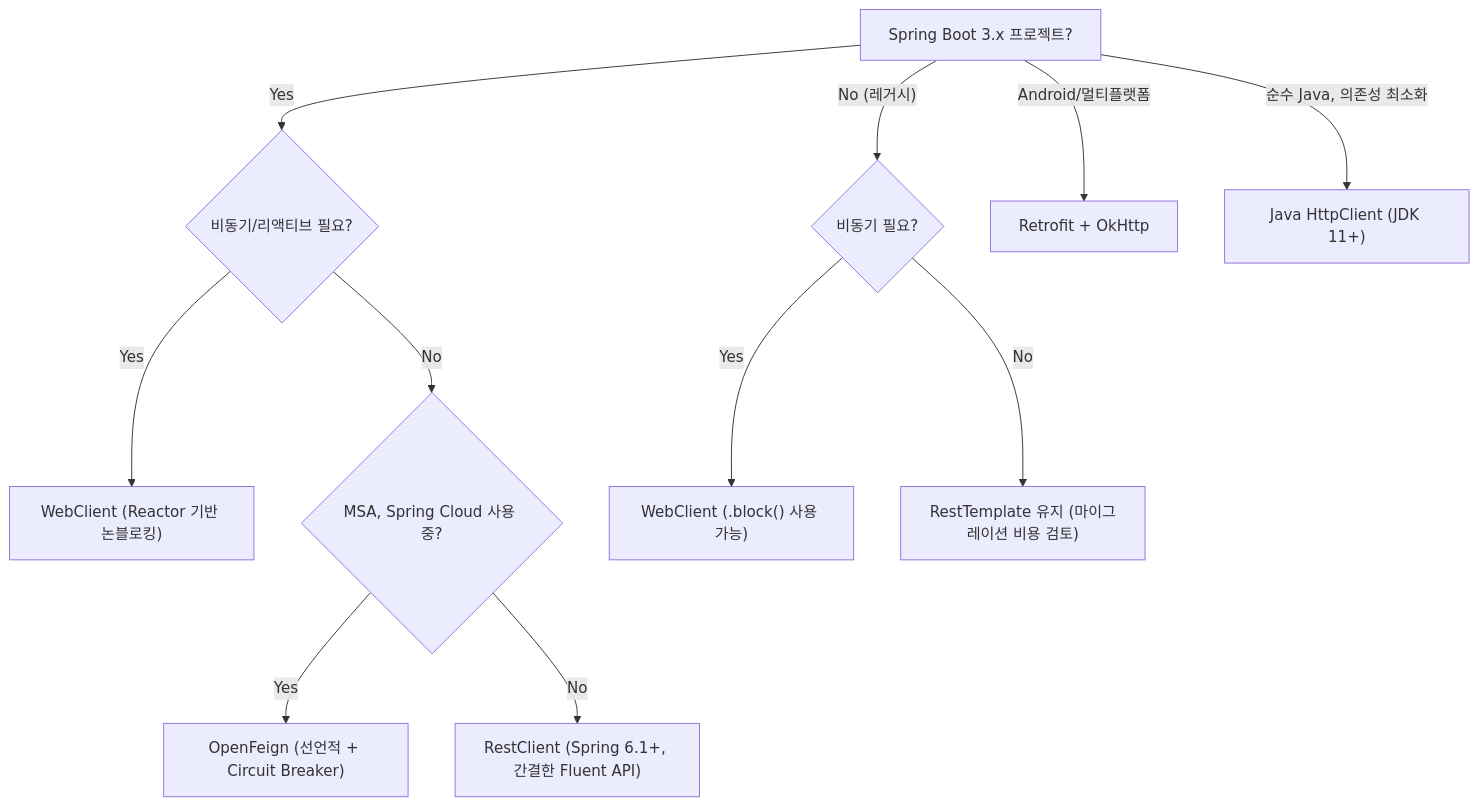
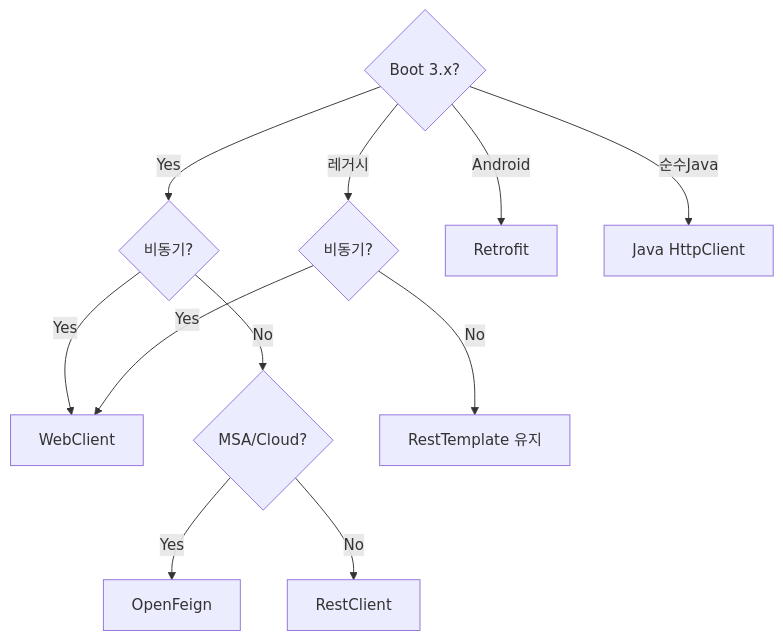
One commit to yjkim2015/yjkim2015.github.io changed the fourth of 4 diagrams in _posts/spring/2026-05-01-rest-client-comparison.md. Above: the diagram before and after it, drawn with Mermaid. The commit also changed other lines of this file and 215 other files, not shown here.

First line of the commit message:
신규 포스트 10개 추가 + Mermaid 전면 축소 + SystemDesign 시리즈 보강

````diff
--- a/_posts/spring/2026-05-01-rest-client-comparison.md
+++ b/_posts/spring/2026-05-01-rest-client-comparison.md
@@ -756,14 +753,13 @@
 ```mermaid
 graph TD
-    START["Spring Boot 3.x 프로젝트?"]
-    START -->|"Yes"| Q1{"비동기/리액티브 필요?"}
-    Q1 -->|"Yes"| R1["WebClient (Reactor 기반 논블로킹)"]
-    Q1 -->|"No"| Q2{"MSA, Spring Cloud 사용 중?"}
-    Q2 -->|"Yes"| R2["OpenFeign (선언적 + Circuit Breaker)"]
-    Q2 -->|"No"| R3["RestClient (Spring 6.1+, 간결한 Fluent API)"]
-    START -->|"No (레거시)"| Q3{"비동기 필요?"}
-    Q3 -->|"Yes"| R4["WebClient (.block() 사용 가능)"]
-    Q3 -->|"No"| R5["RestTemplate 유지 (마이그레이션 비용 검토)"]
-    START -->|"Android/멀티플랫폼"| R6["Retrofit + OkHttp"]
-    START -->|"순수 Java, 의존성 최소화"| R7["Java HttpClient (JDK 11+)"]
+    A{"Boot 3.x?"} -->|Yes| B{"비동기?"}
+    B -->|Yes| C["WebClient"]
+    B -->|No| D{"MSA/Cloud?"}
+    D -->|Yes| E["OpenFeign"]
+    D -->|No| F["RestClient"]
+    A -->|"레거시"| G{"비동기?"}
+    G -->|Yes| C
+    G -->|No| H["RestTemplate 유지"]
+    A -->|"Android"| I["Retrofit"]
+    A -->|"순수Java"| J["Java HttpClient"]
 ```
````
